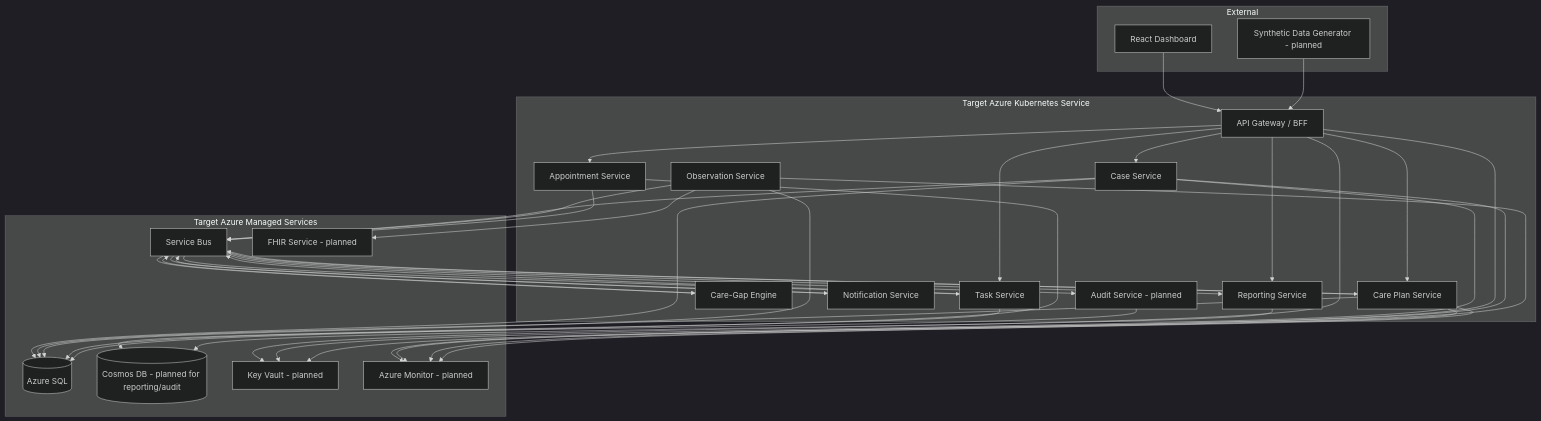
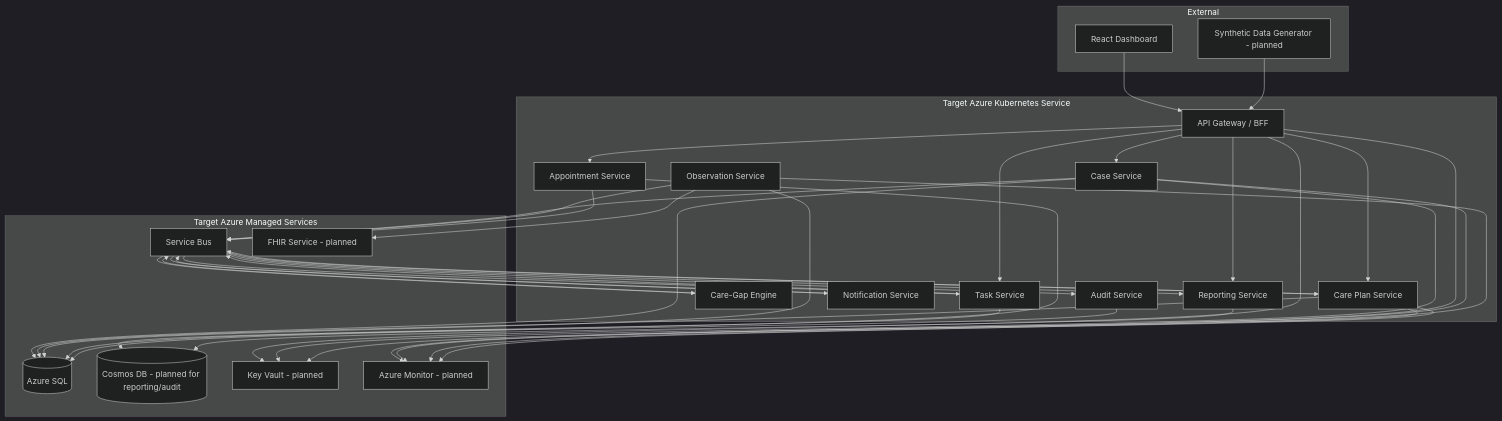
The diagram in README.md (artemsemdev/CareBridge), drawn with Mermaid (dark theme) before and after one commit. The commit also changed other lines of this file and 26 other files, not shown here.

Commit message:
feat(audit): implement Epic 6 audit service, query API, UI, verification, and docs updates

````diff
--- a/README.md
+++ b/README.md
@@ -69,40 +70,40 @@
 ```mermaid
 graph TB
     subgraph External
         UI[React Dashboard]
         SIM[Synthetic Data Generator - planned]
     end
 
     subgraph Target Azure Kubernetes Service
         BFF[API Gateway / BFF]
         CS[Case Service]
         CPS[Care Plan Service]
         OIS[Observation Service]
         CGE[Care-Gap Engine]
         TS[Task Service]
         AS[Appointment Service]
         NS[Notification Service]
-        AUD[Audit Service - planned]
+        AUD[Audit Service]
         RPT[Reporting Service]
     end
 
     subgraph Target Azure Managed Services
         SQL[(Azure SQL)]
         COSMOS[(Cosmos DB - planned for reporting/audit)]
         SB[Service Bus]
         FHIR[FHIR Service - planned]
         KV[Key Vault - planned]
         MON[Azure Monitor - planned]
     end
 
     UI --> BFF
     SIM --> BFF
     BFF --> CS & CPS & TS & AS & RPT
     CS & CPS & OIS & CGE & TS & AS & NS --> SB
     SB --> CGE & TS & NS & AUD & RPT & CPS
     CS & CPS & OIS & TS & AS --> SQL
     AUD & RPT --> COSMOS
     OIS --> FHIR
     BFF & CS & CPS --> KV
     BFF & CS & CPS & OIS --> MON
 ```
````
